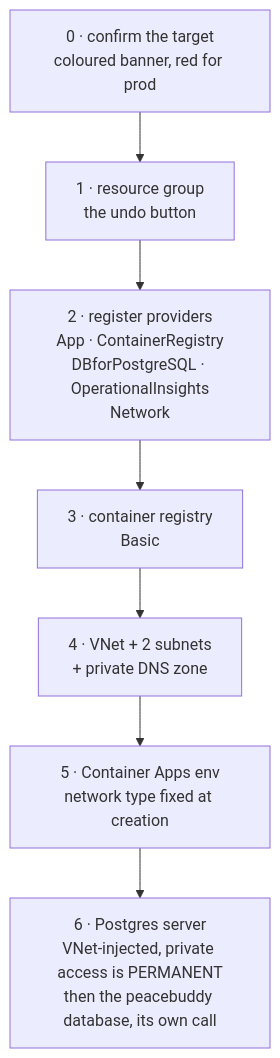
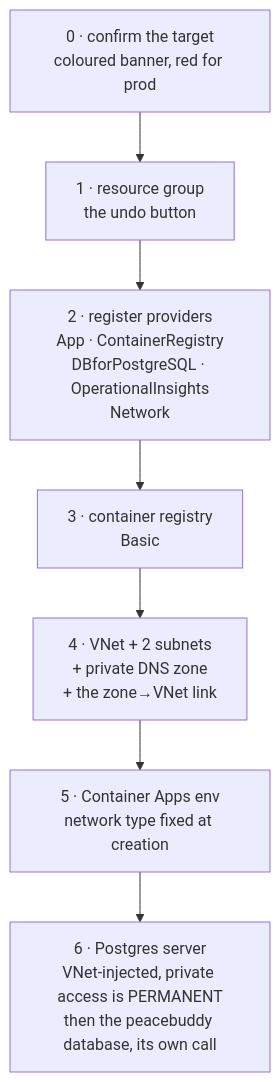
The fourth of 7 diagrams in docs/deploy-plan.md (Lynns0416/buddy-app-copy), drawn with Mermaid before and after one commit. The commit also changed other lines of this file and 8 other files, not shown here.

````diff
--- a/docs/deploy-plan.md
+++ b/docs/deploy-plan.md
@@ -183,9 +183,9 @@
 ```mermaid
 flowchart TB
     CONF["0 · confirm the target<br/>coloured banner, red for prod"] --> RG["1 · resource group<br/>the undo button"]
     RG --> PROV["2 · register providers<br/>App · ContainerRegistry<br/>DBforPostgreSQL · OperationalInsights<br/>Network"]
     PROV --> ACR["3 · container registry<br/>Basic"]
-    ACR --> VNET["4 · VNet + 2 subnets<br/>+ private DNS zone"]
+    ACR --> VNET["4 · VNet + 2 subnets<br/>+ private DNS zone<br/>+ the zone→VNet link"]
     VNET --> ENV["5 · Container Apps env<br/>network type fixed at creation"]
     ENV --> PG["6 · Postgres server<br/>VNet-injected, private access is PERMANENT<br/>then the peacebuddy database, its own call"]
 ```
````
